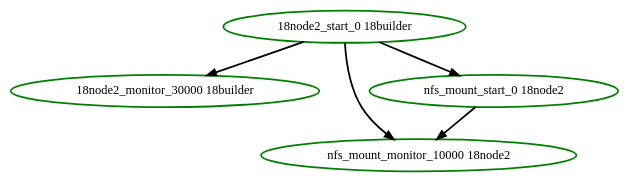
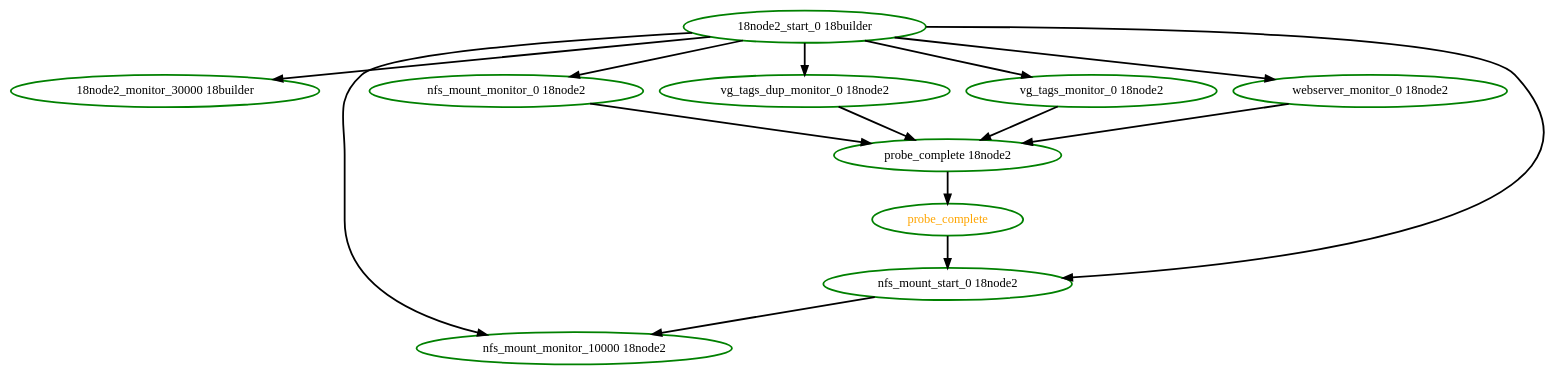
One commit to ClusterLabs/pacemaker changed the diagram in pengine/test10/whitebox-asymmetric.dot. Above: the diagram before and after it, drawn with Graphviz. The commit also changed 26 other files, not shown here.

```diff
--- a/pengine/test10/whitebox-asymmetric.dot
+++ b/pengine/test10/whitebox-asymmetric.dot
@@ -1,10 +1,26 @@
  digraph "g" {
 "18node2_monitor_30000 18builder" [ style=bold color="green" fontcolor="black"]
 "18node2_start_0 18builder" -> "18node2_monitor_30000 18builder" [ style = bold]
+"18node2_start_0 18builder" -> "nfs_mount_monitor_0 18node2" [ style = bold]
 "18node2_start_0 18builder" -> "nfs_mount_monitor_10000 18node2" [ style = bold]
 "18node2_start_0 18builder" -> "nfs_mount_start_0 18node2" [ style = bold]
+"18node2_start_0 18builder" -> "vg_tags_dup_monitor_0 18node2" [ style = bold]
+"18node2_start_0 18builder" -> "vg_tags_monitor_0 18node2" [ style = bold]
+"18node2_start_0 18builder" -> "webserver_monitor_0 18node2" [ style = bold]
 "18node2_start_0 18builder" [ style=bold color="green" fontcolor="black"]
+"nfs_mount_monitor_0 18node2" -> "probe_complete 18node2" [ style = bold]
+"nfs_mount_monitor_0 18node2" [ style=bold color="green" fontcolor="black"]
 "nfs_mount_monitor_10000 18node2" [ style=bold color="green" fontcolor="black"]
 "nfs_mount_start_0 18node2" -> "nfs_mount_monitor_10000 18node2" [ style = bold]
 "nfs_mount_start_0 18node2" [ style=bold color="green" fontcolor="black"]
+"probe_complete 18node2" -> "probe_complete" [ style = bold]
+"probe_complete 18node2" [ style=bold color="green" fontcolor="black"]
+"probe_complete" -> "nfs_mount_start_0 18node2" [ style = bold]
+"probe_complete" [ style=bold color="green" fontcolor="orange"]
+"vg_tags_dup_monitor_0 18node2" -> "probe_complete 18node2" [ style = bold]
+"vg_tags_dup_monitor_0 18node2" [ style=bold color="green" fontcolor="black"]
+"vg_tags_monitor_0 18node2" -> "probe_complete 18node2" [ style = bold]
+"vg_tags_monitor_0 18node2" [ style=bold color="green" fontcolor="black"]
+"webserver_monitor_0 18node2" -> "probe_complete 18node2" [ style = bold]
+"webserver_monitor_0 18node2" [ style=bold color="green" fontcolor="black"]
 }
```
